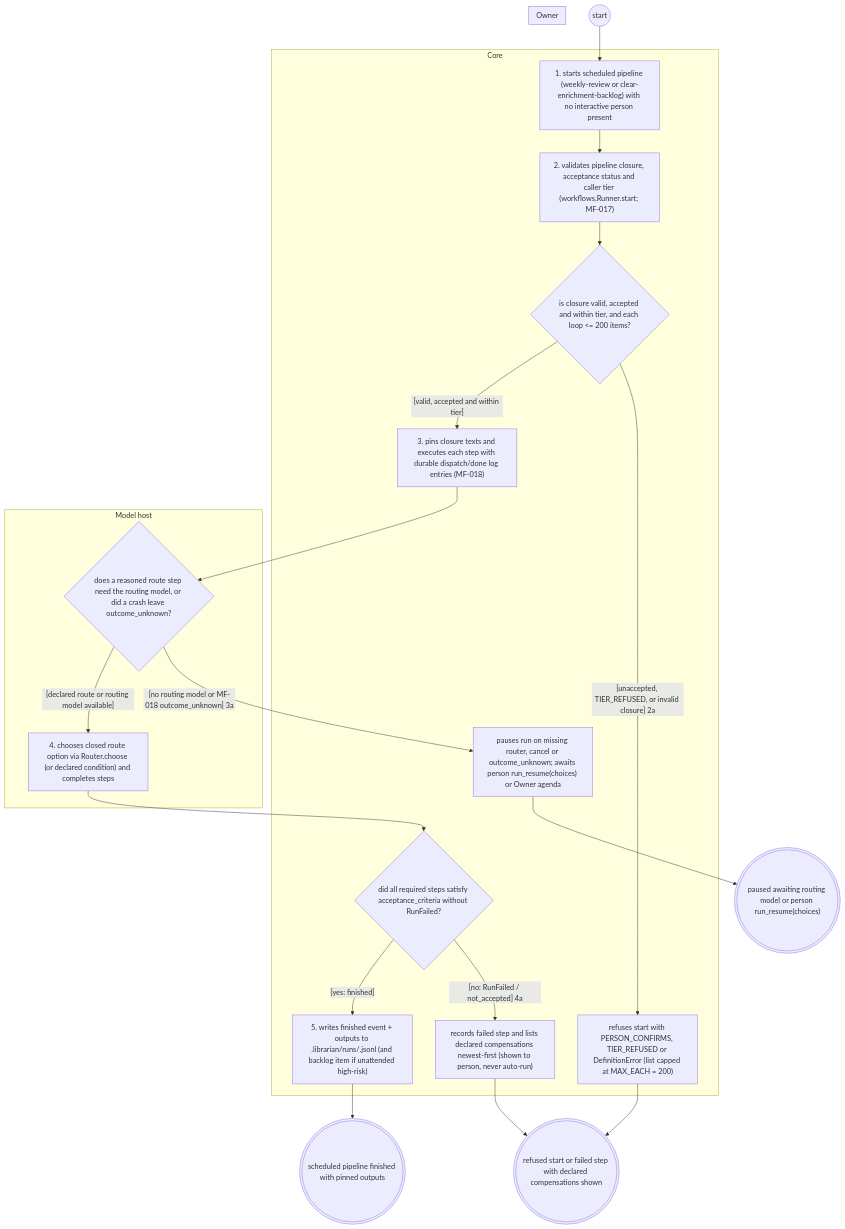
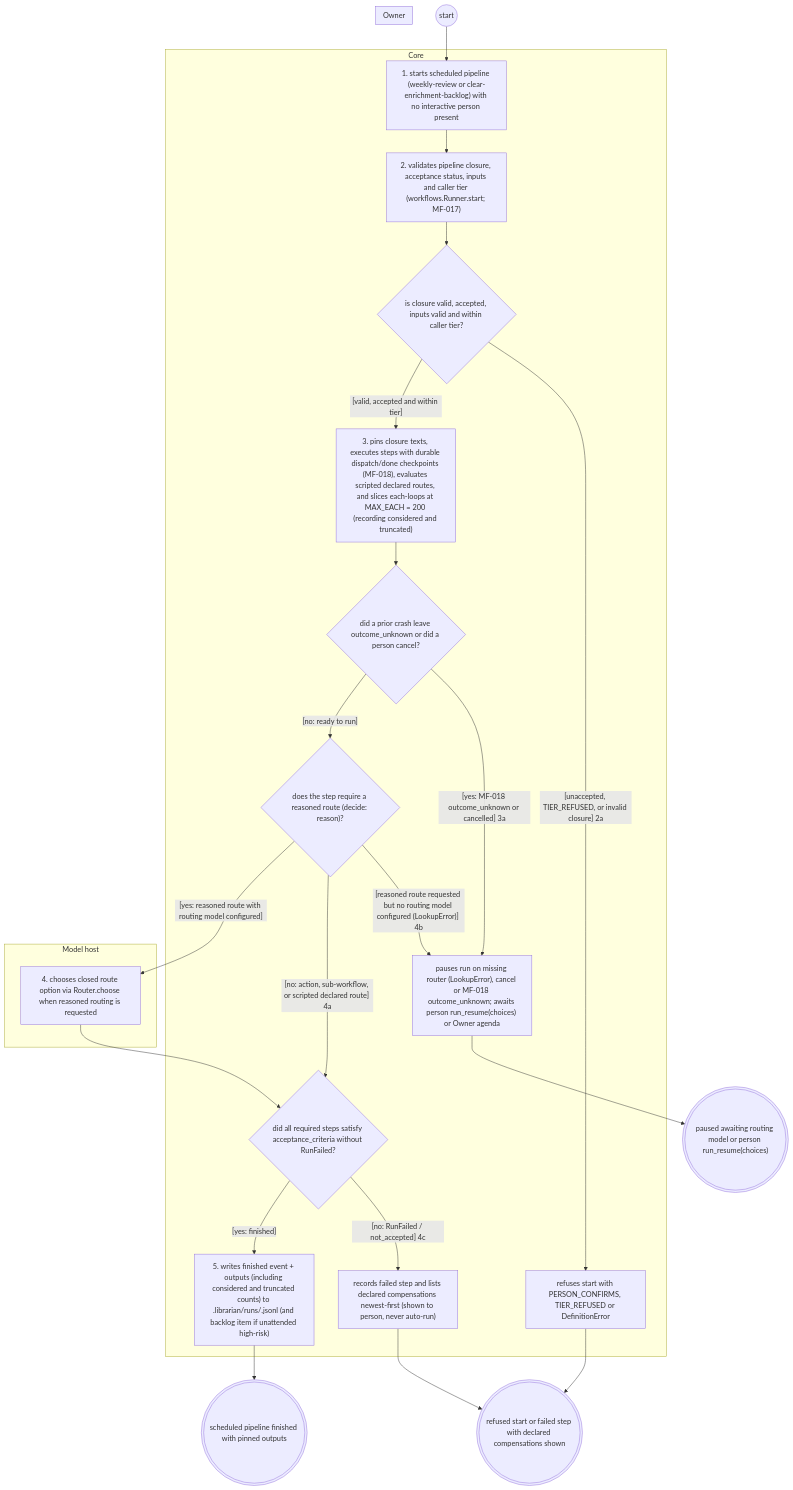
The diagram in reports/2026-11-25-systems-analysis-finalisation/librarian/as-is/views/scheduled-pipeline.views.md (Jake36999/Librarian_V2), drawn with Mermaid before and after one commit. The commit also changed other lines of this file and 35 other files, not shown here.

````diff
--- a/reports/2026-11-25-systems-analysis-finalisation/librarian/as-is/views/scheduled-pipeline.views.md
+++ b/reports/2026-11-25-systems-analysis-finalisation/librarian/as-is/views/scheduled-pipeline.views.md
@@ -45,40 +55,44 @@
 ```mermaid
 flowchart TD
   subgraph Owner["Owner"]
   end
   subgraph Core["Core"]
     trigger["1. starts scheduled pipeline (weekly-review or clear-enrichment-backlog) with no interactive person present"]
-    validate["2. validates pipeline closure, acceptance status and caller tier (workflows.Runner.start; MF-017)"]
-    dpin{"is closure valid, accepted and within tier, and each loop <= 200 items?"}
-    refused["refuses start with PERSON_CONFIRMS, TIER_REFUSED or DefinitionError (list capped at MAX_EACH = 200)"]
-    runsteps["3. pins closure texts and executes each step with durable dispatch/done log entries (MF-018)"]
-    pause["pauses run on missing router, cancel or outcome_unknown; awaits person run_resume(choices) or Owner agenda"]
+    validate["2. validates pipeline closure, acceptance status, inputs and caller tier (workflows.Runner.start; MF-017)"]
+    dpin{"is closure valid, accepted, inputs valid and within caller tier?"}
+    refused["refuses start with PERSON_CONFIRMS, TIER_REFUSED or DefinitionError"]
+    runsteps["3. pins closure texts, executes steps with durable dispatch/done checkpoints (MF-018), evaluates scripted declared routes, and slices each-loops at MAX_EACH = 200 (recording considered and truncated)"]
+    dunknown{"did a prior crash leave outcome_unknown or did a person cancel?"}
+    dreason{"does the step require a reasoned route (decide: reason)?"}
+    pause["pauses run on missing router (LookupError), cancel or MF-018 outcome_unknown; awaits person run_resume(choices) or Owner agenda"]
     dfail{"did all required steps satisfy acceptance_criteria without RunFailed?"}
     comp["records failed step and lists declared compensations newest-first (shown to person, never auto-run)"]
-    finish["5. writes finished event + outputs to .librarian/runs/<id>.jsonl (and backlog item if unattended high-risk)"]
+    finish["5. writes finished event + outputs (including considered and truncated counts) to .librarian/runs/<id>.jsonl (and backlog item if unattended high-risk)"]
   end
   subgraph Model_host["Model host"]
-    droute{"does a reasoned route step need the routing model, or did a crash leave outcome_unknown?"}
-    routeok["4. chooses closed route option via Router.choose (or declared condition) and completes steps"]
+    routeok["4. chooses closed route option via Router.choose when reasoned routing is requested"]
   end
   s(("start"))
   e1((("scheduled pipeline finished with pinned outputs")))
   e_paused((("paused awaiting routing model or person run_resume(choices)")))
   e_failed((("refused start or failed step with declared compensations shown")))
   s --> trigger
   trigger --> validate
   validate --> dpin
   dpin -->|"[valid, accepted and within tier]"| runsteps
   dpin -->|"[unaccepted, TIER_REFUSED, or invalid closure] 2a"| refused
   refused --> e_failed
-  runsteps --> droute
-  droute -->|"[declared route or routing model available]"| routeok
-  droute -->|"[no routing model or MF-018 outcome_unknown] 3a"| pause
+  runsteps --> dunknown
+  dunknown -->|"[no: ready to run]"| dreason
+  dunknown -->|"[yes: MF-018 outcome_unknown or cancelled] 3a"| pause
   pause --> e_paused
+  dreason -->|"[yes: reasoned route with routing model configured]"| routeok
+  dreason -->|"[no: action, sub-workflow, or scripted declared route] 4a"| dfail
+  dreason -->|"[reasoned route requested but no routing model configured (LookupError)] 4b"| pause
   routeok --> dfail
   dfail -->|"[yes: finished]"| finish
-  dfail -->|"[no: RunFailed / not_accepted] 4a"| comp
+  dfail -->|"[no: RunFailed / not_accepted] 4c"| comp
   comp --> e_failed
   finish --> e1
   classDef ext stroke:#d9534f,stroke-width:2px
 ```
````
